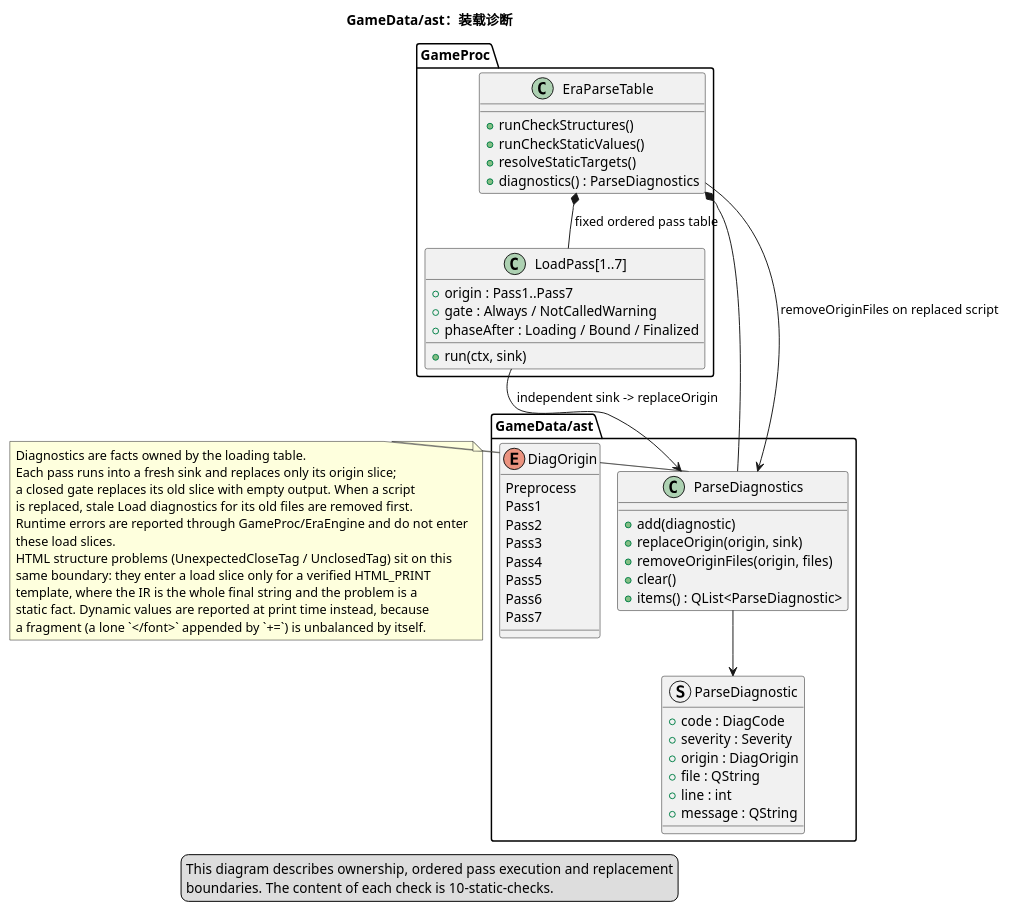
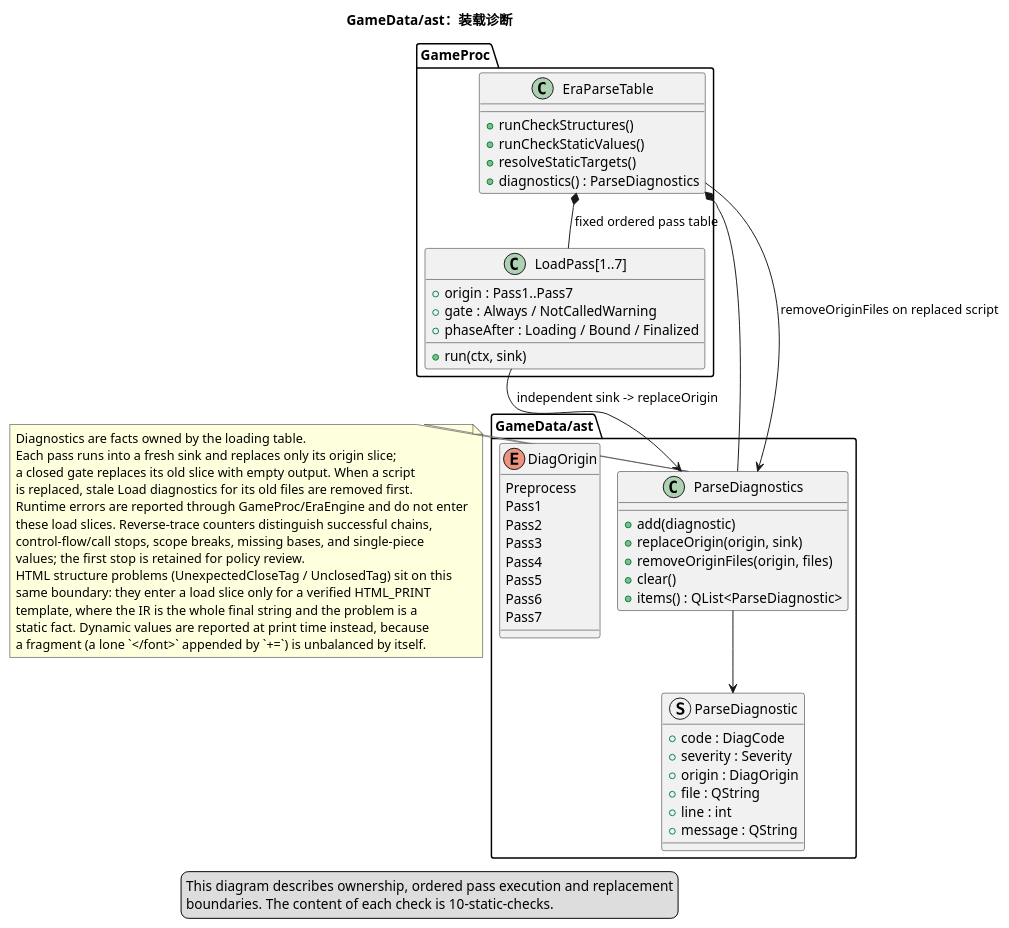
The diagram in docs/uml/09-diagnostics.puml (yigekuyou/qt-eraemu), drawn with PlantUML before and after one commit. The commit also changed 2 other files, not shown here.

Commit message:
校正 HTML 反向追踪边界与 UML 表述
审查 b864ba0 后明确反向追踪策略：普通控制流、循环、调用、作用域断点和未知写入停止；仅安全 IF/ELSE 在所有路径写入且 HTML 骨架一致时合流，参数差异作为局部 IfNode，ELSEIF、缺少 ELSE、结构差异和嵌套路径继续运行期解析。同步 UML 04/09 的诊断计数和策略说明。验证全量 CTest 71/71。

```diff
--- a/docs/uml/09-diagnostics.puml
+++ b/docs/uml/09-diagnostics.puml
@@ -1,75 +1,77 @@
 @startuml 09-diagnostics
 !pragma layout smetana
 ' 装载诊断数据流与所有权；静态检查目录见 10-static-checks。
 ' 来源：GameData/ast/parse_diagnostic.h, GameProc/era_parse_table.cpp
 
 title GameData/ast：装载诊断
 
 package "GameData/ast" {
   class ParseDiagnostics {
     + add(diagnostic)
     + replaceOrigin(origin, sink)
     + removeOriginFiles(origin, files)
     + clear()
     + items() : QList<ParseDiagnostic>
   }
   struct ParseDiagnostic {
     + code : DiagCode
     + severity : Severity
     + origin : DiagOrigin
     + file : QString
     + line : int
     + message : QString
   }
   enum DiagOrigin {
     Preprocess
     Pass1
     Pass2
     Pass3
     Pass4
     Pass5
     Pass6
     Pass7
   }
 }
 
 package "GameProc" {
   class EraParseTable {
     + runCheckStructures()
     + runCheckStaticValues()
     + resolveStaticTargets()
     + diagnostics() : ParseDiagnostics
   }
   class "LoadPass[1..7]" as Pass {
     + origin : Pass1..Pass7
     + gate : Always / NotCalledWarning
     + phaseAfter : Loading / Bound / Finalized
     + run(ctx, sink)
   }
 }
 
 EraParseTable *-- ParseDiagnostics
 EraParseTable *-- Pass : fixed ordered pass table
 Pass --> ParseDiagnostics : independent sink -> replaceOrigin
 ParseDiagnostics --> ParseDiagnostic
 EraParseTable --> ParseDiagnostics : removeOriginFiles on replaced script
 
 note right of ParseDiagnostics
   Diagnostics are facts owned by the loading table.
   Each pass runs into a fresh sink and replaces only its origin slice;
   a closed gate replaces its old slice with empty output. When a script
   is replaced, stale Load diagnostics for its old files are removed first.
   Runtime errors are reported through GameProc/EraEngine and do not enter
-  these load slices.
+  these load slices. Reverse-trace counters distinguish successful chains,
+  control-flow/call stops, scope breaks, missing bases, and single-piece
+  values; the first stop is retained for policy review.
   HTML structure problems (UnexpectedCloseTag / UnclosedTag) sit on this
   same boundary: they enter a load slice only for a verified HTML_PRINT
   template, where the IR is the whole final string and the problem is a
   static fact. Dynamic values are reported at print time instead, because
   a fragment (a lone `</font>` appended by `+=`) is unbalanced by itself.
 end note
 
 legend bottom
   This diagram describes ownership, ordered pass execution and replacement
   boundaries. The content of each check is 10-static-checks.
 endlegend
 @enduml
```
